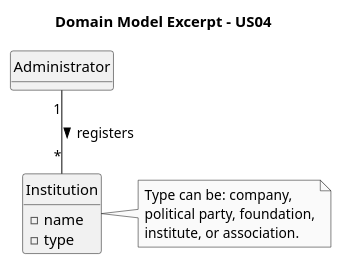
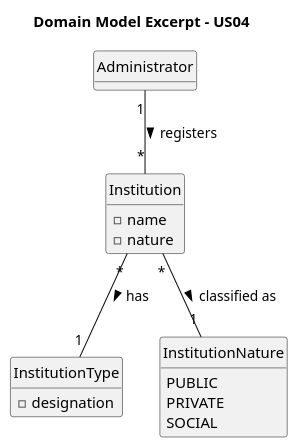
Before and after one commit to brunodspinto/crystal-clear-platform: the diagram in docs/system-documentation/US04/02.analysis/puml/US04-DM.puml, drawn with PlantUML. The commit also changed 5 other files, not shown here.

Commit message:
US04: Add Institution nature attribute

```diff
--- a/docs/system-documentation/US04/02.analysis/puml/US04-DM.puml
+++ b/docs/system-documentation/US04/02.analysis/puml/US04-DM.puml
@@ -1,27 +1,33 @@
 @startuml
 skinparam monochrome true
 skinparam packageStyle rectangle
 skinparam shadowing false
 
 hide circle
 hide methods
 
 title Domain Model Excerpt - US04
 
 class Administrator {
 }
 
 class Institution {
     - name
-    - type
+    - nature
+}
+
+class InstitutionType {
+    - designation
+}
+
+enum InstitutionNature {
+    PUBLIC
+    PRIVATE
+    SOCIAL
 }
 
 Administrator "1" -- "*" Institution : registers >
-
-note right of Institution
-  Type can be: company,
-  political party, foundation,
-  institute, or association.
-end note
+Institution "*" -- "1" InstitutionType : has >
+Institution "*" -- "1" InstitutionNature : classified as >
 
 @enduml
```
